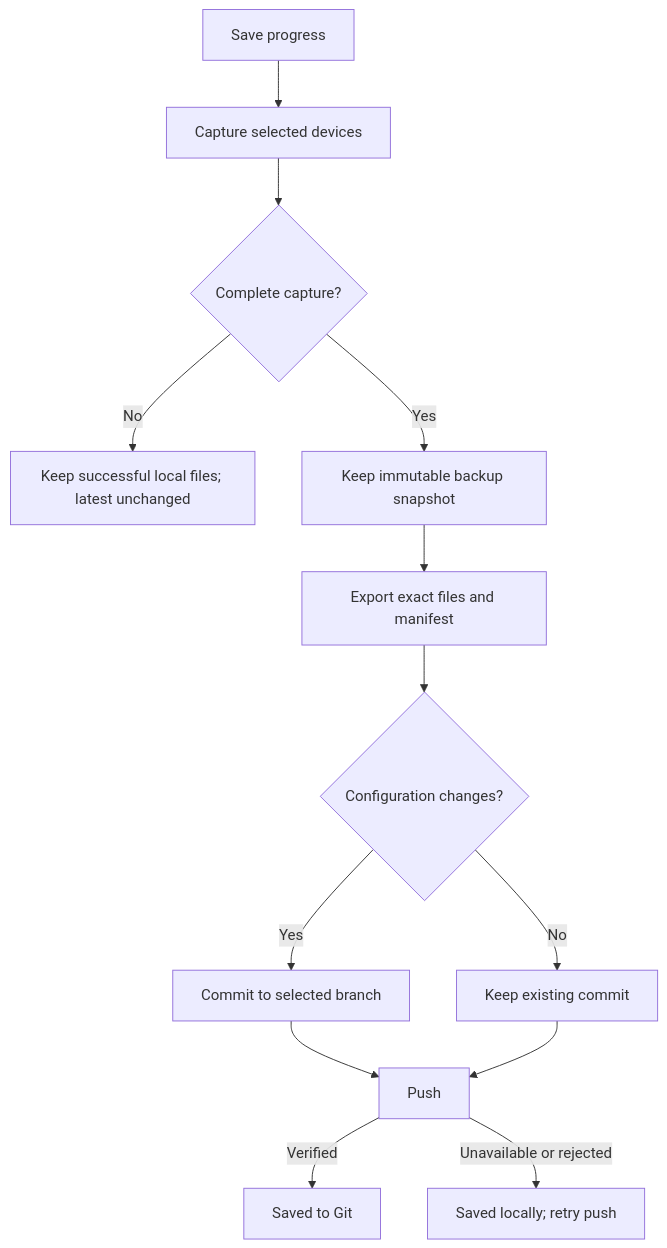
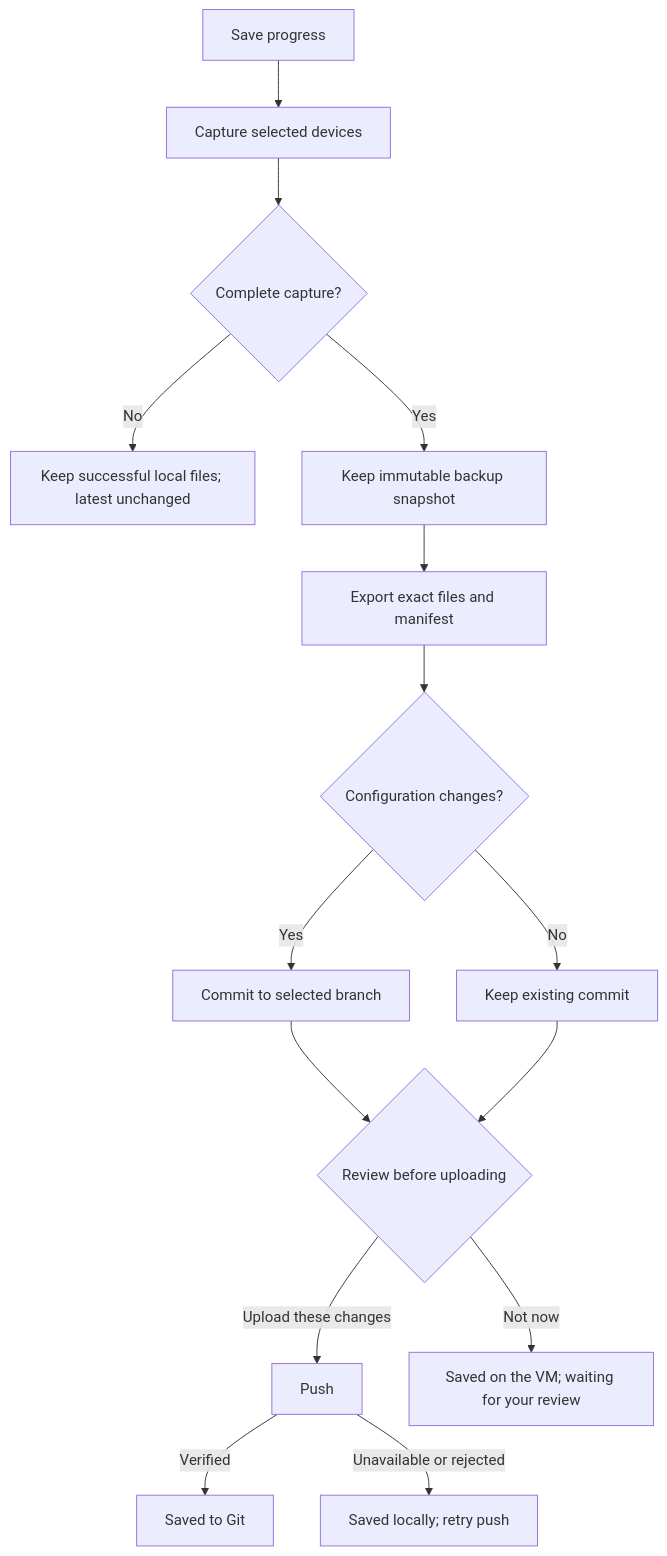
The first of 4 diagrams in docs/GIT-PROGRESS.md (ArchRuger/CLAB-BACKUP-WORKER-v2), drawn with Mermaid before and after one commit. The commit also changed other lines of this file and 39 other files, not shown here.

````diff
--- a/docs/GIT-PROGRESS.md
+++ b/docs/GIT-PROGRESS.md
@@ -19,15 +19,17 @@
 ```mermaid
 flowchart TD
     A[Save progress] --> B[Capture selected devices]
     B --> C{Complete capture?}
     C -- No --> D[Keep successful local files; latest unchanged]
     C -- Yes --> E[Keep immutable backup snapshot]
     E --> F[Export exact files and manifest]
     F --> G{Configuration changes?}
     G -- Yes --> H[Commit to selected branch]
     G -- No --> I[Keep existing commit]
-    H --> J[Push]
-    I --> J
+    H --> R{Review before uploading}
+    R -- Upload these changes --> J[Push]
+    R -- Not now --> M[Saved on the VM; waiting for your review]
+    I --> R
     J -- Verified --> K[Saved to Git]
     J -- Unavailable or rejected --> L[Saved locally; retry push]
 ```
````
